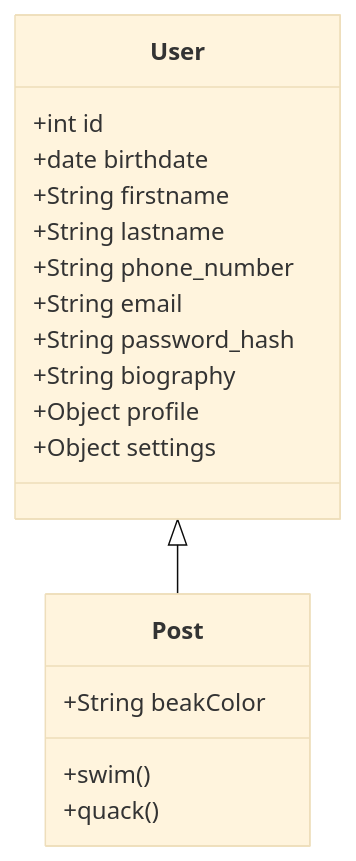
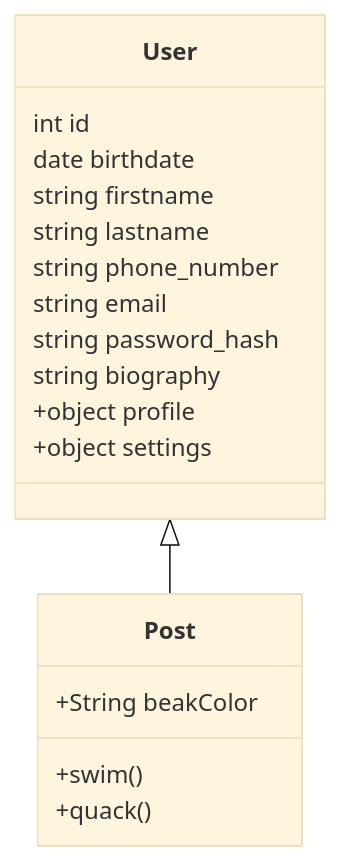
Before and after one commit to fairfield-programming/general-backend: the diagram in readme.md, drawn with Mermaid (base theme).

Commit message:
Reformatted

````diff
--- a/readme.md
+++ b/readme.md
@@ -13,24 +13,24 @@
 ```mermaid
 
 classDiagram
     User <|-- Post
 
-    User : +int id
-    User : +date birthdate
-    User : +String firstname
-    User : +String lastname
-    User : +String phone_number
-    User : +String email
-    User : +String password_hash
-    User : +String biography
+    User : int id
+    User : date birthdate
+    User : string firstname
+    User : string lastname
+    User : string phone_number
+    User : string email
+    User : string password_hash
+    User : string biography
 
-    User : +Object profile
-    User : +Object settings
+    User : +object profile
+    User : +object settings
 
     class Post{
       +String beakColor
       +swim()
       +quack()
     }
 
 ```
````
